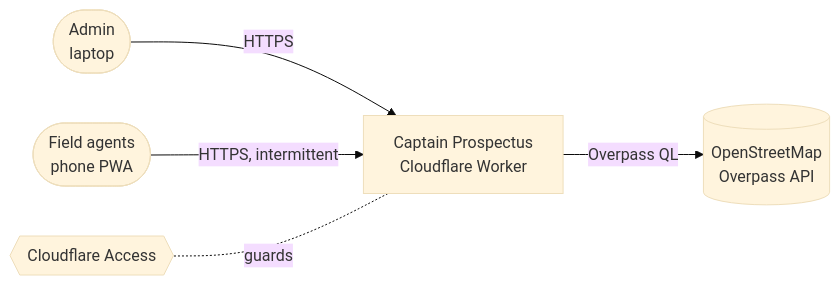
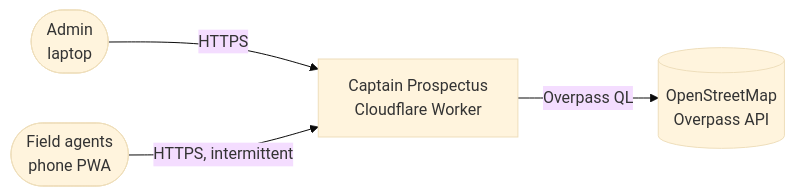
The first of 3 diagrams in docs/architecture.md (FixByteStudio/captain-prospectus), drawn with Mermaid (base theme) before and after one commit. The commit also changed other lines of this file and 15 other files, not shown here.

````diff
--- a/docs/architecture.md
+++ b/docs/architecture.md
@@ -5,7 +5,6 @@
 ```mermaid
 flowchart LR
   admin([Admin<br/>laptop]) -->|HTTPS| cp
   agent([Field agents<br/>phone PWA]) -->|HTTPS, intermittent| cp
   cp[Captain Prospectus<br/>Cloudflare Worker] -->|Overpass QL| osm[(OpenStreetMap<br/>Overpass API)]
-  access{{Cloudflare Access}} -. guards .- cp
 ```
````
